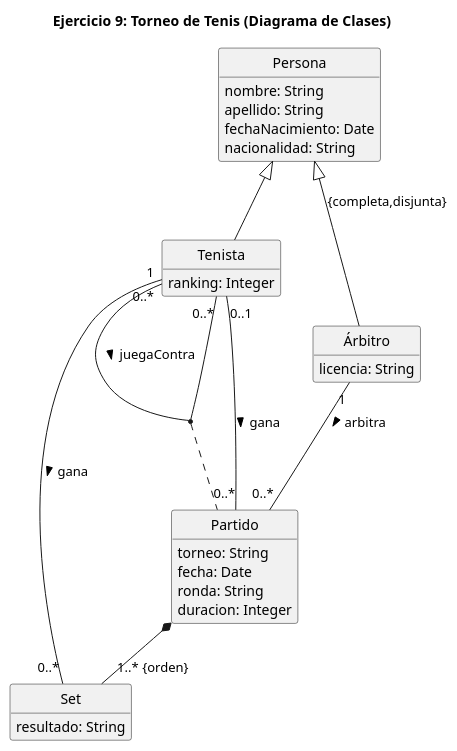
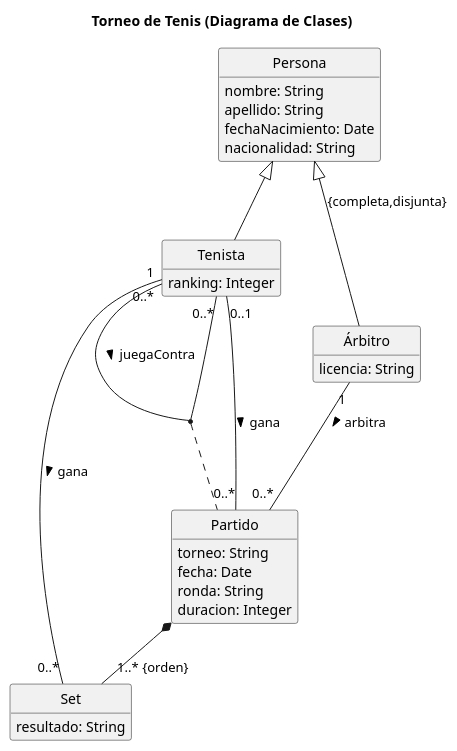
Before and after one commit to IISSI-US/web: the ninth of 9 diagrams in _diagrams/mc2mr/diagramas.puml, drawn with PlantUML. The commit also changed other lines of this file and 59 other files, not shown here.

```diff
--- a/_diagrams/mc2mr/diagramas.puml
+++ b/_diagrams/mc2mr/diagramas.puml
@@ -230,45 +227,44 @@
-@startuml ejercicio-09-torneo-tenis-clases
-title Ejercicio 9: Torneo de Tenis (Diagrama de Clases)
+@startuml torneo-tenis-clases
+title Torneo de Tenis (Diagrama de Clases)
 
 hide empty members
 hide circle
 
 class Persona {
   nombre: String
   apellido: String
   fechaNacimiento: Date
   nacionalidad: String
 }
 
 class Tenista {
   ranking: Integer
 }
 
 class Árbitro {
   licencia: String
 }
 
 class Partido {
   torneo: String
   fecha: Date
   ronda: String
   duracion: Integer
 }
 
 class Set {
   resultado: String
 }
 
 ' Herencia completa disjunta
 Persona <|-- Tenista
 Persona <|-- Árbitro : {completa,disjunta}
 
 ' Relaciones
 Tenista "0..*" -- "0..*" Tenista : juegaContra >
-(Tenista, Tenista) .. Partido  
+(Tenista, Tenista) .. Partido
 Tenista "0..1" -- "0..*" Partido : gana >
 Árbitro "1" -- "0..*" Partido : arbitra >
-Partido *-- "1..* {orden}" Set  
+Partido *-- "1..* {orden}" Set
 Tenista "1" -- "0..*" Set : gana >
-
 @enduml
```
